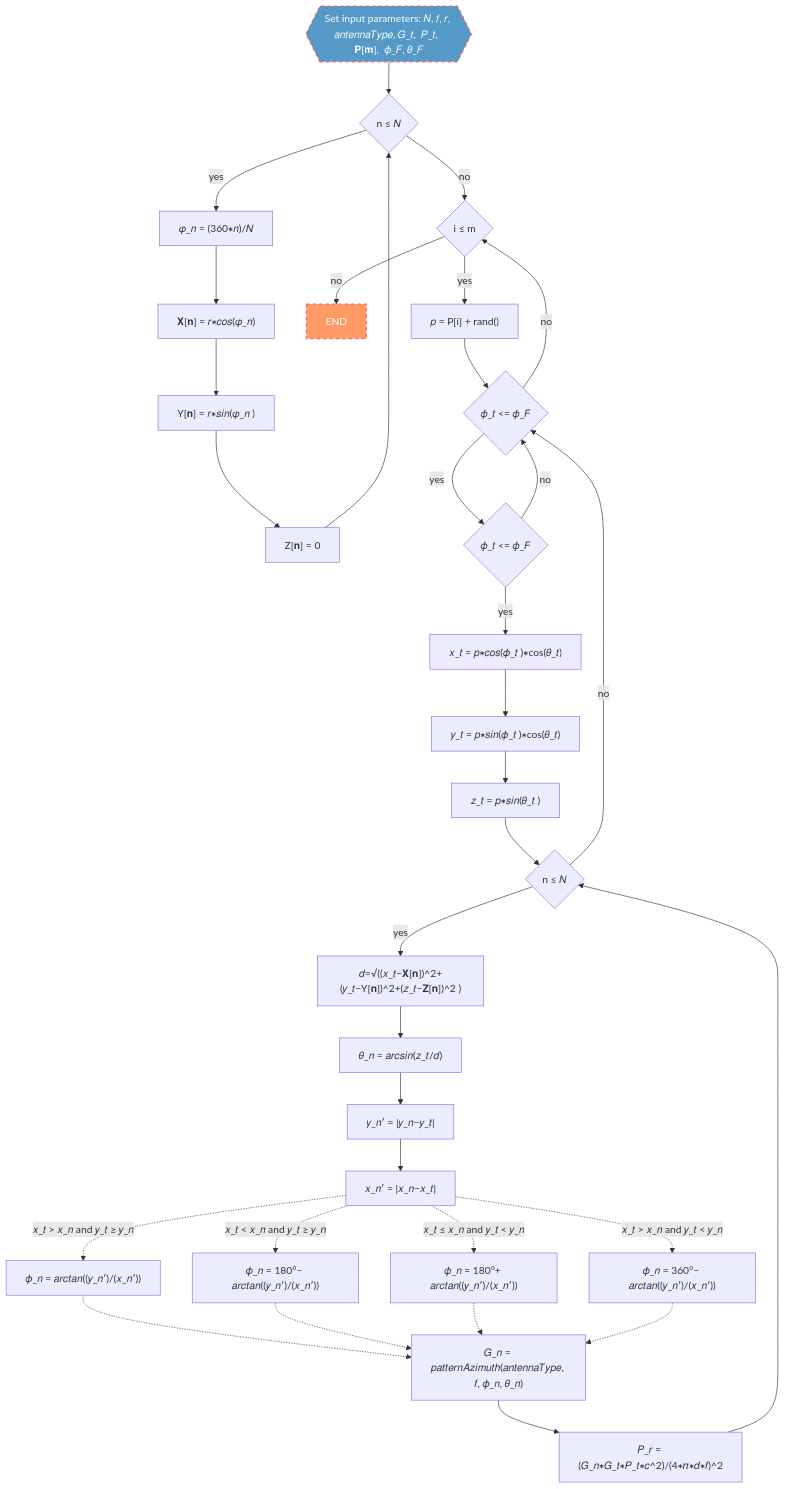
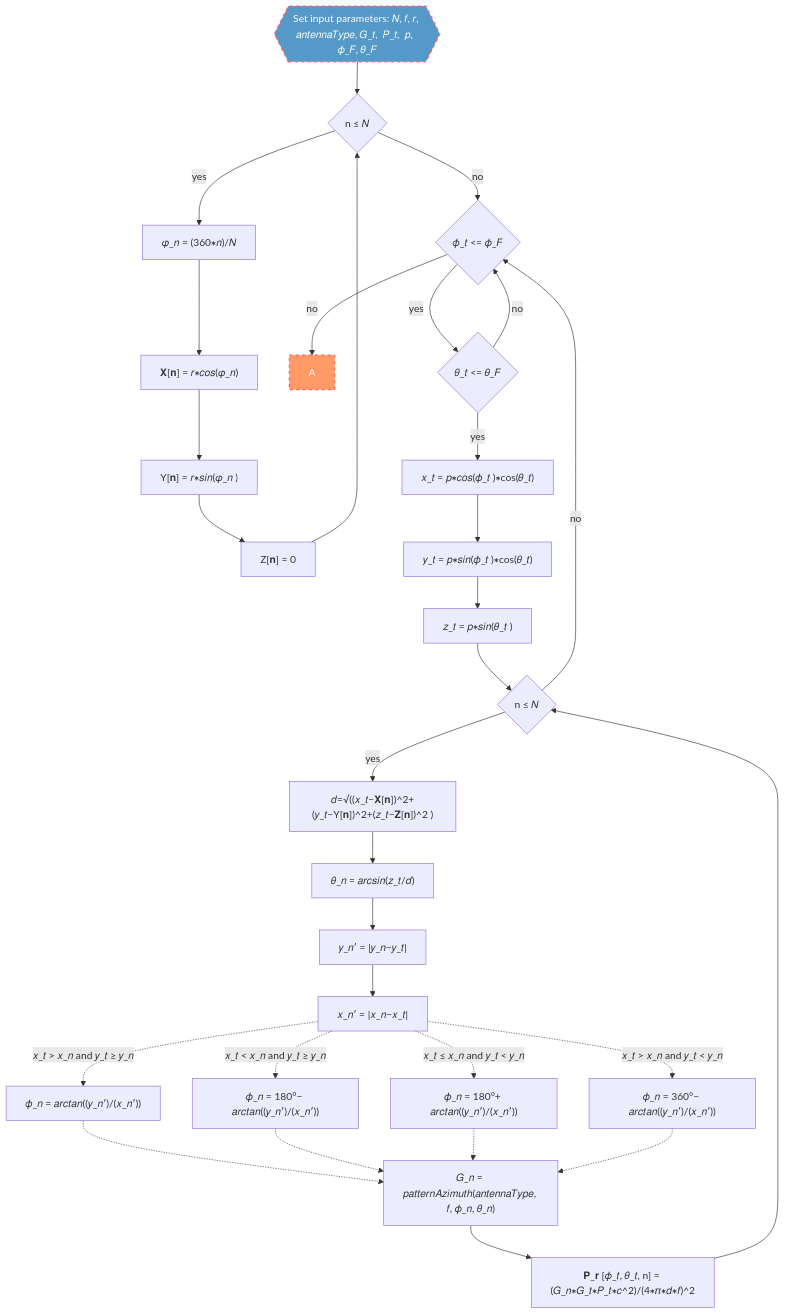
One commit to anakings/Tesis changed the first of 2 diagrams in README.md. Above: the diagram before and after it, drawn with Mermaid. The commit also changed other lines of this file, not shown here.

Commit message:
Update README.md
flowchart with noise

````diff
--- a/README.md
+++ b/README.md
@@ -3,40 +3,38 @@
 ```mermaid
-graph
-    A{{"Set input parameters: 𝑁, 𝑓, 𝑟, 𝑎𝑛𝑡𝑒𝑛𝑛𝑎𝑇𝑦𝑝𝑒, 𝐺_𝑡,  𝑃_𝑡,  𝐏[𝐦],  𝜙_𝐹, 𝜃_𝐹"}} -->B{"n ≤ 𝑁"}
+    graph
+    A{{"Set input parameters: 𝑁, 𝑓, 𝑟, 𝑎𝑛𝑡𝑒𝑛𝑛𝑎𝑇𝑦𝑝𝑒, 𝐺_𝑡,  𝑃_𝑡,  𝑝,  𝜙_𝐹, 𝜃_𝐹"}} -->B{"n ≤ 𝑁"}
     style A fill:#5499C7,stroke:#f66,stroke-width:2px,color:#fff,stroke-dasharray: 5 5
     B -->|yes| B1["𝜑_𝑛 = (360∗𝑛)/𝑁"]
     B1 --> C1["𝐗[𝐧] = 𝑟∗𝑐𝑜𝑠(𝜑_𝑛)"]
     C1 --> D1["Y[𝐧] = 𝑟∗𝑠𝑖𝑛(𝜑_𝑛 )"]
     D1 --> E1["Z[𝐧] = 0"]
     E1 --> B
     
 
-    B -->|no| C{"i ≤ m"}
-    C -->|no| D[END]
+    B -->|no| F{"𝜙_𝑡 <= 𝜙_𝐹"}
+    F -->|no| D[A]
     style D fill:#f96,stroke:#f66,stroke-width:2px,color:#fff,stroke-dasharray: 5 5
-    C -->|yes| E["𝑝 = P[i] + rand()"]
-    E --> F{"𝜙_𝑡 <= 𝜙_𝐹"}
-    F --> |no| C
-    F --> |yes| G{"𝜙_𝑡 <= 𝜙_𝐹"}
+    
+    F --> |yes| G{"𝜃_𝑡 <= 𝜃_𝐹"}
     G --> |no| F
     G --> |yes| H["𝑥_𝑡 = 𝑝∗𝑐𝑜𝑠(𝜙_𝑡 )∗cos(𝜃_𝑡)"]
     H --> I["𝑦_𝑡 = 𝑝∗𝑠𝑖𝑛(𝜙_𝑡 )∗cos(𝜃_𝑡)"] 
     I --> J["𝑧_𝑡 = 𝑝∗𝑠𝑖𝑛(𝜃_𝑡 )"]
     J --> K{"n ≤ 𝑁"} 
     K --> |no| F
     K --> |yes| L["𝑑=√((𝑥_𝑡−𝐗[𝐧])^2+(𝑦_𝑡−Y[𝐧])^2+(𝑧_𝑡−𝐙[𝐧])^2 )"]
     L --> M1["𝜃_𝑛 = 𝑎𝑟𝑐𝑠𝑖𝑛(𝑧_𝑡/𝑑)"]
     M1 --> M2["𝑦_𝑛′ = |𝑦_𝑛−𝑦_𝑡|"]
     M2 --> M["𝑥_𝑛′ = |𝑥_𝑛−𝑥_𝑡|"]
     
     
     M -.-> |"𝑥_𝑡 > 𝑥_𝑛 and 𝑦_𝑡 ≥ 𝑦_𝑛"| N["𝜙_𝑛 = 𝑎𝑟𝑐𝑡𝑎𝑛((𝑦_𝑛′)/(𝑥_𝑛′))"]
     M -.-> |"𝑥_𝑡 < 𝑥_𝑛 and 𝑦_𝑡 ≥ 𝑦_𝑛"| O["𝜙_𝑛 = 180°− 𝑎𝑟𝑐𝑡𝑎𝑛((𝑦_𝑛′)/(𝑥_𝑛′))"]
     M -.-> |"𝑥_𝑡 ≤ 𝑥_𝑛 and 𝑦_𝑡 < 𝑦_𝑛"| P["𝜙_𝑛 = 180°+ 𝑎𝑟𝑐𝑡𝑎𝑛((𝑦_𝑛′)/(𝑥_𝑛′))"]
     M -.-> |"𝑥_𝑡 > 𝑥_𝑛 and 𝑦_𝑡 < 𝑦_𝑛"| Q["𝜙_𝑛 = 360°− 𝑎𝑟𝑐𝑡𝑎𝑛((𝑦_𝑛′)/(𝑥_𝑛′))"]
     N & O & P & Q -.-> R["𝐺_𝑛 = 𝑝𝑎𝑡𝑡𝑒𝑟𝑛𝐴𝑧𝑖𝑚𝑢𝑡ℎ(𝑎𝑛𝑡𝑒𝑛𝑛𝑎𝑇𝑦𝑝𝑒, 𝑓, 𝜙_𝑛, 𝜃_𝑛)"]
     
     
-    R --> S["𝑃_𝑟 = (𝐺_𝑛∗𝐺_𝑡∗𝑃_𝑡∗𝑐^2)/(4∗𝜋∗𝑑∗𝑓)^2 "]
+    R --> S["𝐏_𝐫 [𝜙_𝑡, 𝜃_𝑡, n] = (𝐺_𝑛∗𝐺_𝑡∗𝑃_𝑡∗𝑐^2)/(4∗𝜋∗𝑑∗𝑓)^2 "]
     S --> K
 ```
````
